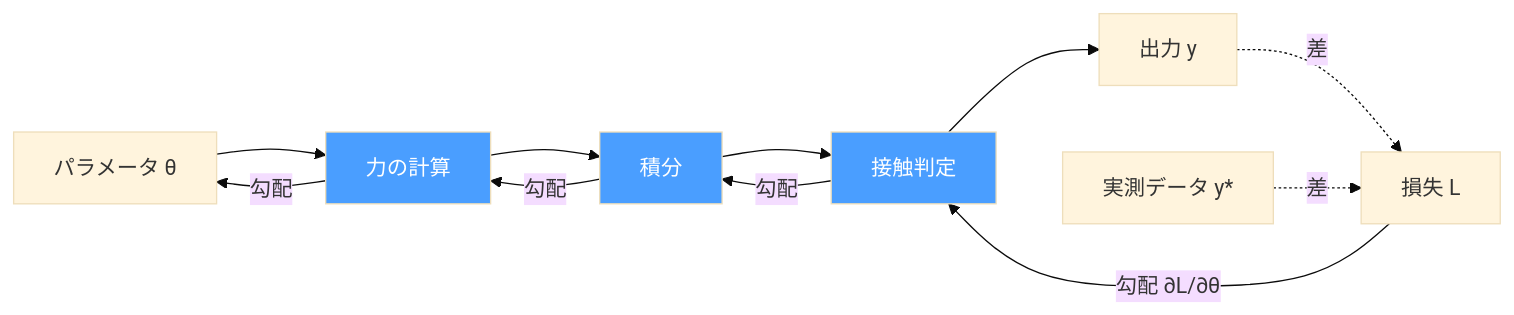
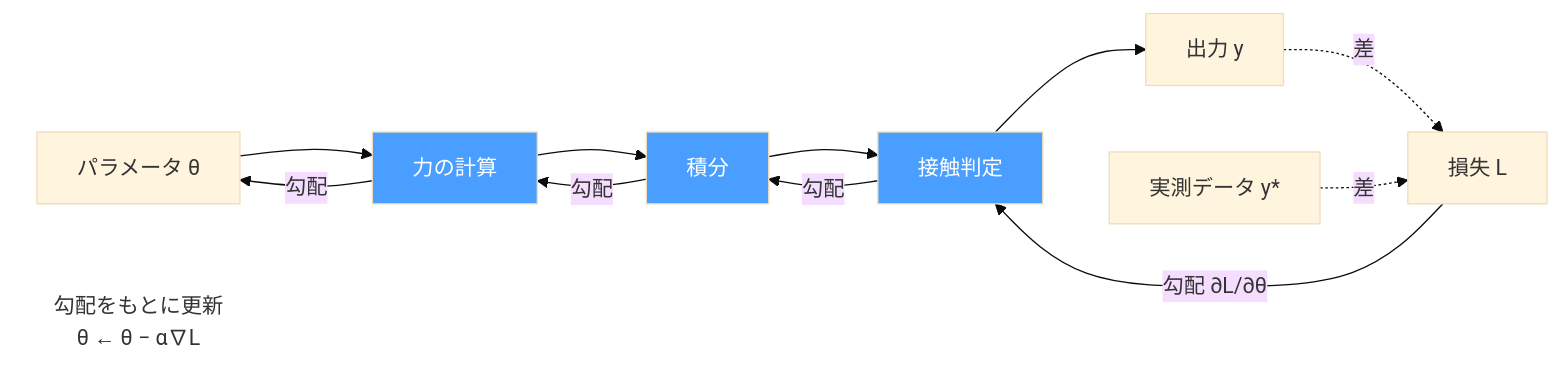
The second of 2 diagrams in articles/differentiable-sim-parameter-optimization.md (nakamoto-masa/zenn-content), drawn with Mermaid (base theme) before and after one commit. The commit also changed other lines of this file, not shown here.

Commit message:
微分可能シミュレーション記事のコードと図を修正
- MJXコード例にmjx_dataの初期化を追加（未定義変数の修正）
- Mermaid図にパラメータ更新の注釈を追加

````diff
--- a/articles/differentiable-sim-parameter-optimization.md
+++ b/articles/differentiable-sim-parameter-optimization.md
@@ -77,17 +77,20 @@
 ```mermaid
 graph LR
     θ[パラメータ θ] --> F1[力の計算]
     F1 --> F2[積分]
     F2 --> F3[接触判定]
     F3 --> y[出力 y]
     y -. 差 .-> L[損失 L]
     y_real[実測データ y*] -. 差 .-> L
     L -- "勾配 ∂L/∂θ" --> F3
     F3 -- "勾配" --> F2
     F2 -- "勾配" --> F1
     F1 -- "勾配" --> θ
 
+    Note["勾配をもとに更新<br/>θ ← θ − α∇L"]
+
     style F1 fill:#4a9eff,color:#fff
     style F2 fill:#4a9eff,color:#fff
     style F3 fill:#4a9eff,color:#fff
+    style Note fill:none,stroke:none
 ```
````
